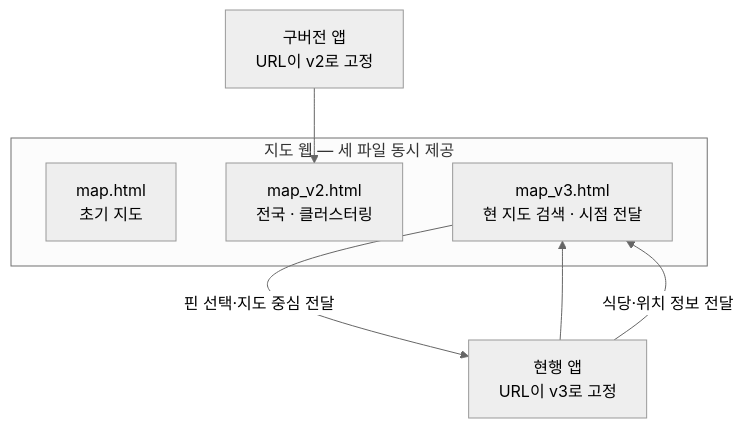
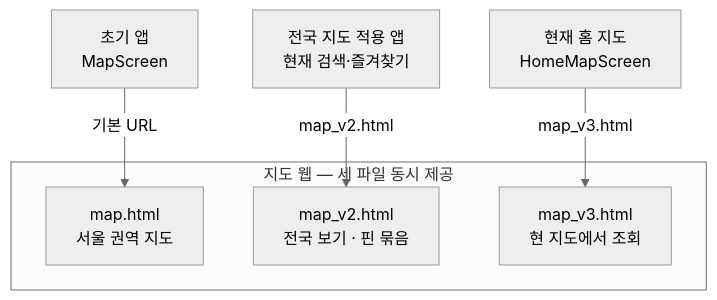
Before and after one commit to Jinacker/PortFolio: the first of 2 diagrams in public/mds/katsu-map/impl-3-map-versions.md, drawn with Mermaid (neutral theme). The commit also changed other lines of this file, not shown here.

````diff
--- a/public/mds/katsu-map/impl-3-map-versions.md
+++ b/public/mds/katsu-map/impl-3-map-versions.md
@@ -22,13 +30,12 @@
 ```mermaid
 flowchart TB
     subgraph Web["지도 웹 — 세 파일 동시 제공"]
-        V1["map.html<br/>초기 지도"]
-        V2["map_v2.html<br/>전국 · 클러스터링"]
-        V3["map_v3.html<br/>현 지도 검색 · 시점 전달"]
+        V1["map.html<br/>서울 권역 지도"]
+        V2["map_v2.html<br/>전국 보기 · 핀 묶음"]
+        V3["map_v3.html<br/>현 지도에서 조회"]
     end
 
-    Old["구버전 앱<br/>URL이 v2로 고정"] --> V2
-    New["현행 앱<br/>URL이 v3로 고정"] --> V3
-    New -->|"식당·위치 정보 전달"| V3
-    V3 -->|"핀 선택·지도 중심 전달"| New
+    Initial["초기 앱<br/>MapScreen"] -->|"기본 URL"| V1
+    Existing["전국 지도 적용 앱<br/>현재 검색·즐겨찾기"] -->|"map_v2.html"| V2
+    Home["현재 홈 지도<br/>HomeMapScreen"] -->|"map_v3.html"| V3
 ```
````
